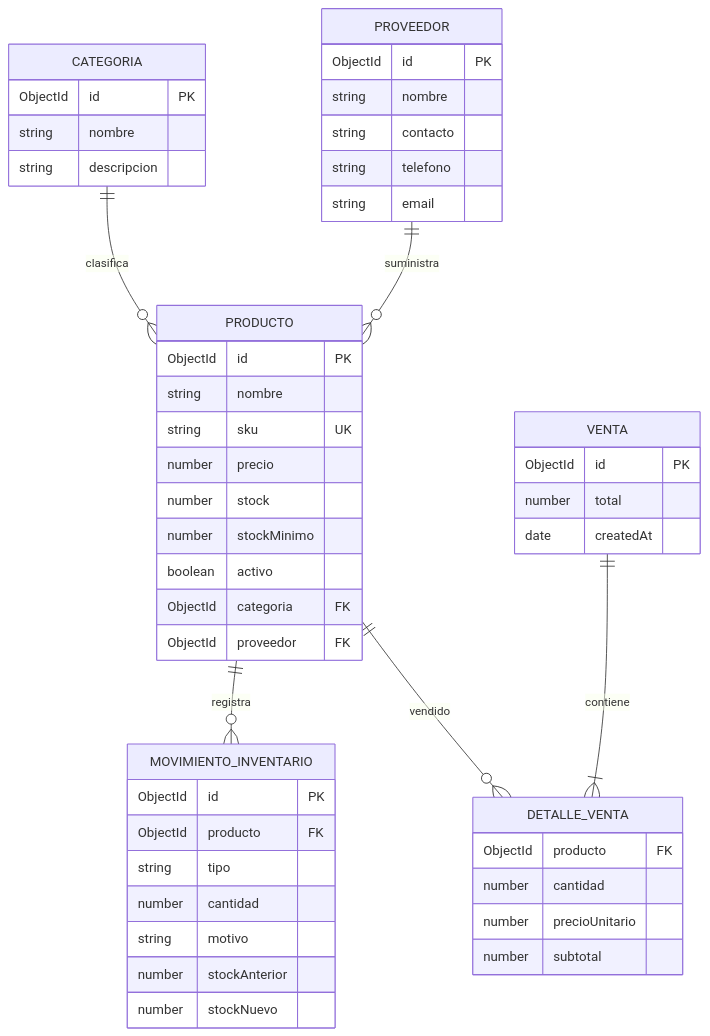
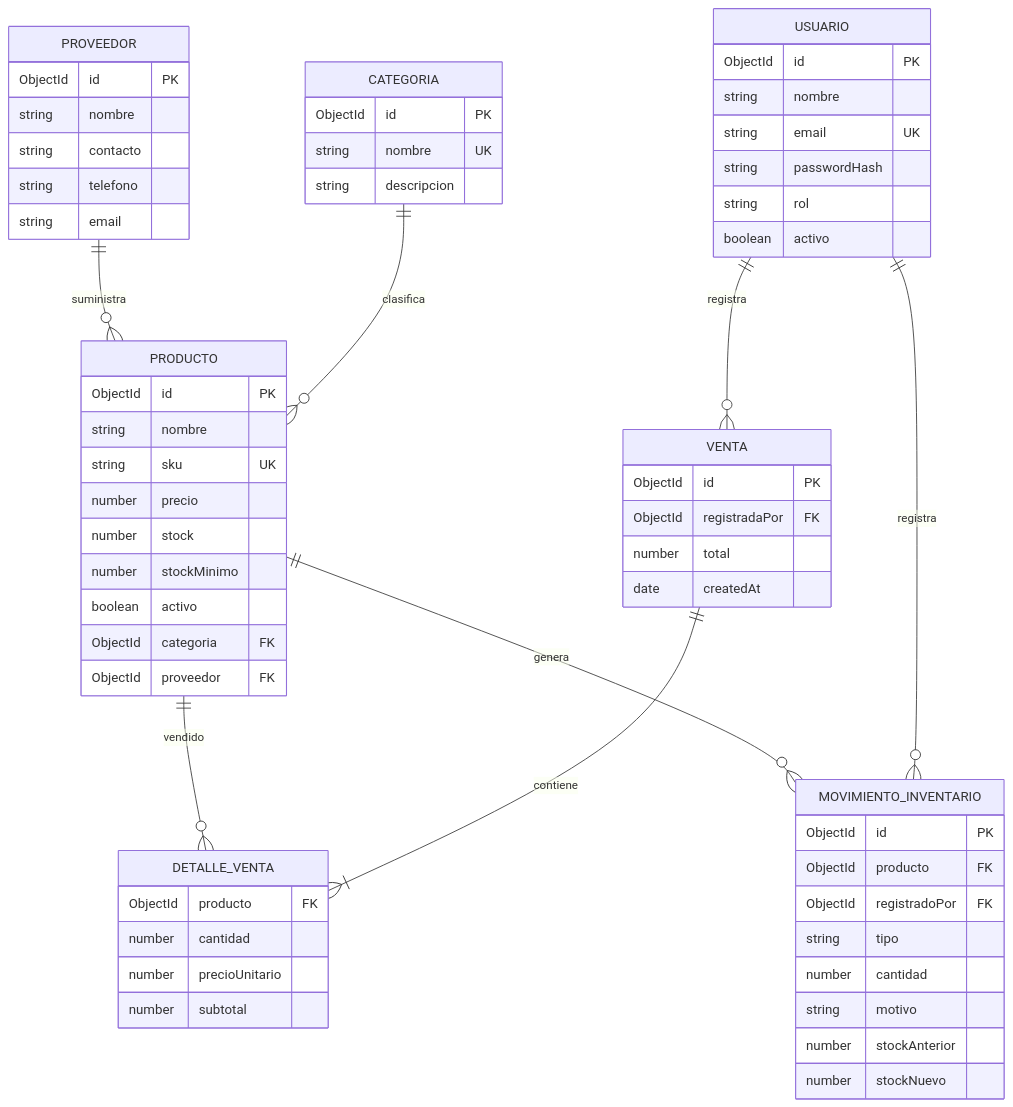
Before and after one commit to Manguianoo/StockFacil: the diagram in Docs/DiagramaBaseDatos.md, drawn with Mermaid. The commit also changed other lines of this file and 4 other files, not shown here.

````diff
--- a/Docs/DiagramaBaseDatos.md
+++ b/Docs/DiagramaBaseDatos.md
@@ -3,15 +3,64 @@
 ```mermaid
 erDiagram
+    USUARIO ||--o{ VENTA : registra
+    USUARIO ||--o{ MOVIMIENTO_INVENTARIO : registra
     CATEGORIA ||--o{ PRODUCTO : clasifica
     PROVEEDOR ||--o{ PRODUCTO : suministra
-    PRODUCTO ||--o{ MOVIMIENTO_INVENTARIO : registra
+    PRODUCTO ||--o{ MOVIMIENTO_INVENTARIO : genera
     VENTA ||--|{ DETALLE_VENTA : contiene
     PRODUCTO ||--o{ DETALLE_VENTA : vendido
 
-    CATEGORIA { ObjectId id PK string nombre string descripcion }
-    PROVEEDOR { ObjectId id PK string nombre string contacto string telefono string email }
-    PRODUCTO { ObjectId id PK string nombre string sku UK number precio number stock number stockMinimo boolean activo ObjectId categoria FK ObjectId proveedor FK }
-    MOVIMIENTO_INVENTARIO { ObjectId id PK ObjectId producto FK string tipo number cantidad string motivo number stockAnterior number stockNuevo }
-    VENTA { ObjectId id PK number total date createdAt }
-    DETALLE_VENTA { ObjectId producto FK number cantidad number precioUnitario number subtotal }
+    USUARIO {
+        ObjectId id PK
+        string nombre
+        string email UK
+        string passwordHash
+        string rol
+        boolean activo
+    }
+    CATEGORIA {
+        ObjectId id PK
+        string nombre UK
+        string descripcion
+    }
+    PROVEEDOR {
+        ObjectId id PK
+        string nombre
+        string contacto
+        string telefono
+        string email
+    }
+    PRODUCTO {
+        ObjectId id PK
+        string nombre
+        string sku UK
+        number precio
+        number stock
+        number stockMinimo
+        boolean activo
+        ObjectId categoria FK
+        ObjectId proveedor FK
+    }
+    MOVIMIENTO_INVENTARIO {
+        ObjectId id PK
+        ObjectId producto FK
+        ObjectId registradoPor FK
+        string tipo
+        number cantidad
+        string motivo
+        number stockAnterior
+        number stockNuevo
+    }
+    VENTA {
+        ObjectId id PK
+        ObjectId registradaPor FK
+        number total
+        date createdAt
+    }
+    DETALLE_VENTA {
+        ObjectId producto FK
+        number cantidad
+        number precioUnitario
+        number subtotal
+    }
 ```
````
